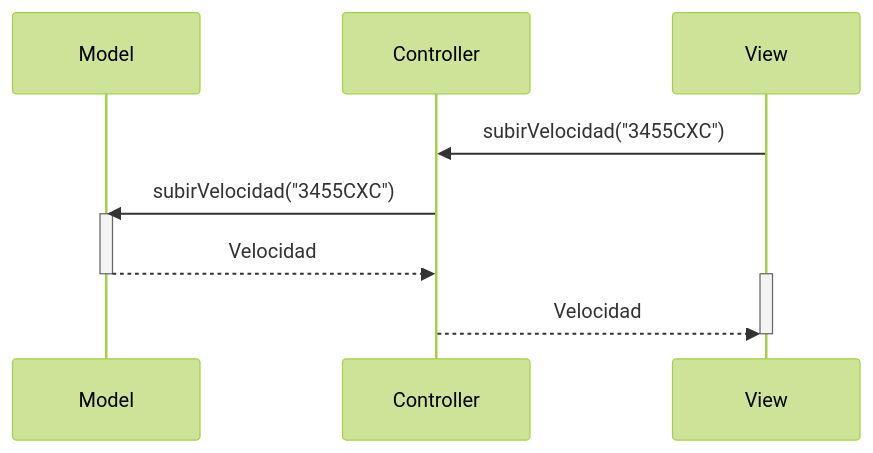
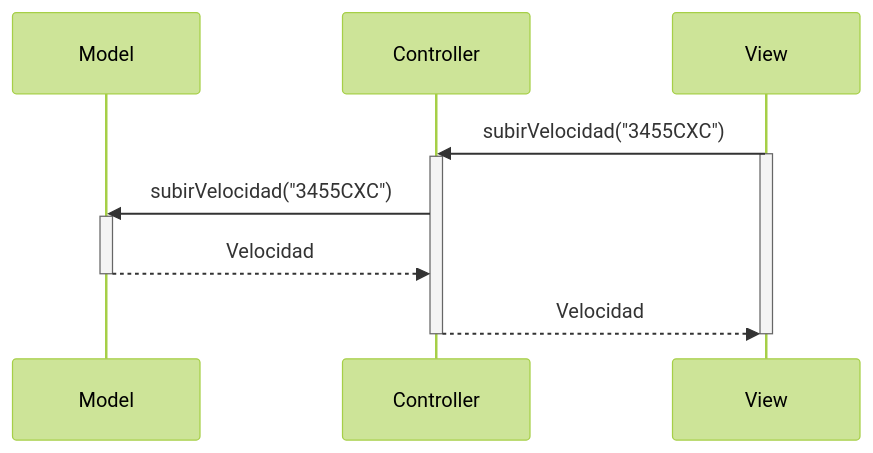
The second of 2 diagrams in readme2.md (CarlosCA1/MVC_coches), drawn with Mermaid (forest theme) before and after one commit. The commit also changed other lines of this file and 1 other file, not shown here.

Commit message:
readme commit 2

````diff
--- a/readme2.md
+++ b/readme2.md
@@ -19,17 +21,18 @@
 ```mermaid
 sequenceDiagram
     participant Model
     participant Controller
     participant View
 
-    
     View->>Controller: subirVelocidad("3455CXC")
+    activate View
+    activate Controller
     Controller->>Model: subirVelocidad("3455CXC")
     activate Model
     Model-->>Controller: Velocidad
     deactivate Model
-    activate View
     Controller-->>View: Velocidad
+    deactivate Controller
     deactivate View
-
+    
 ```
````
